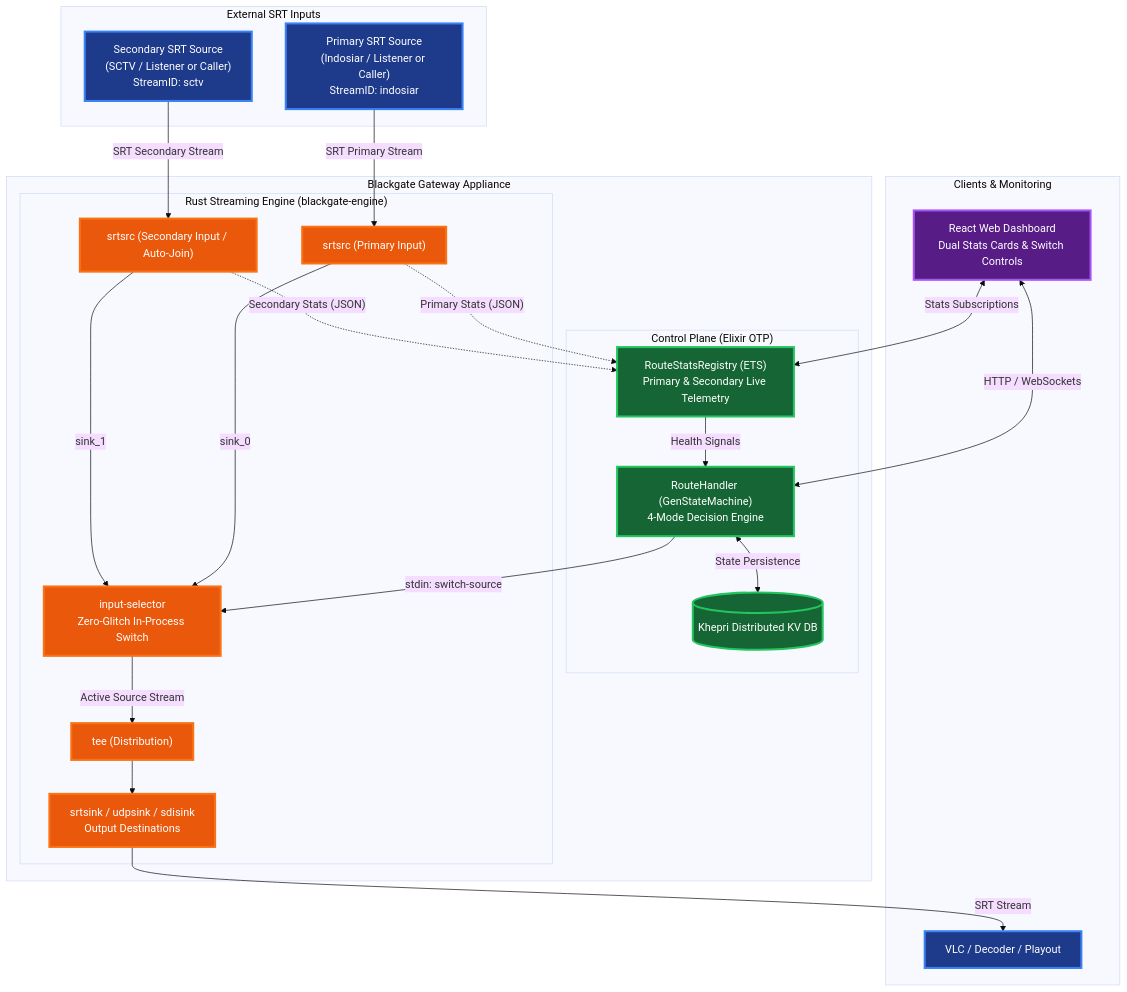
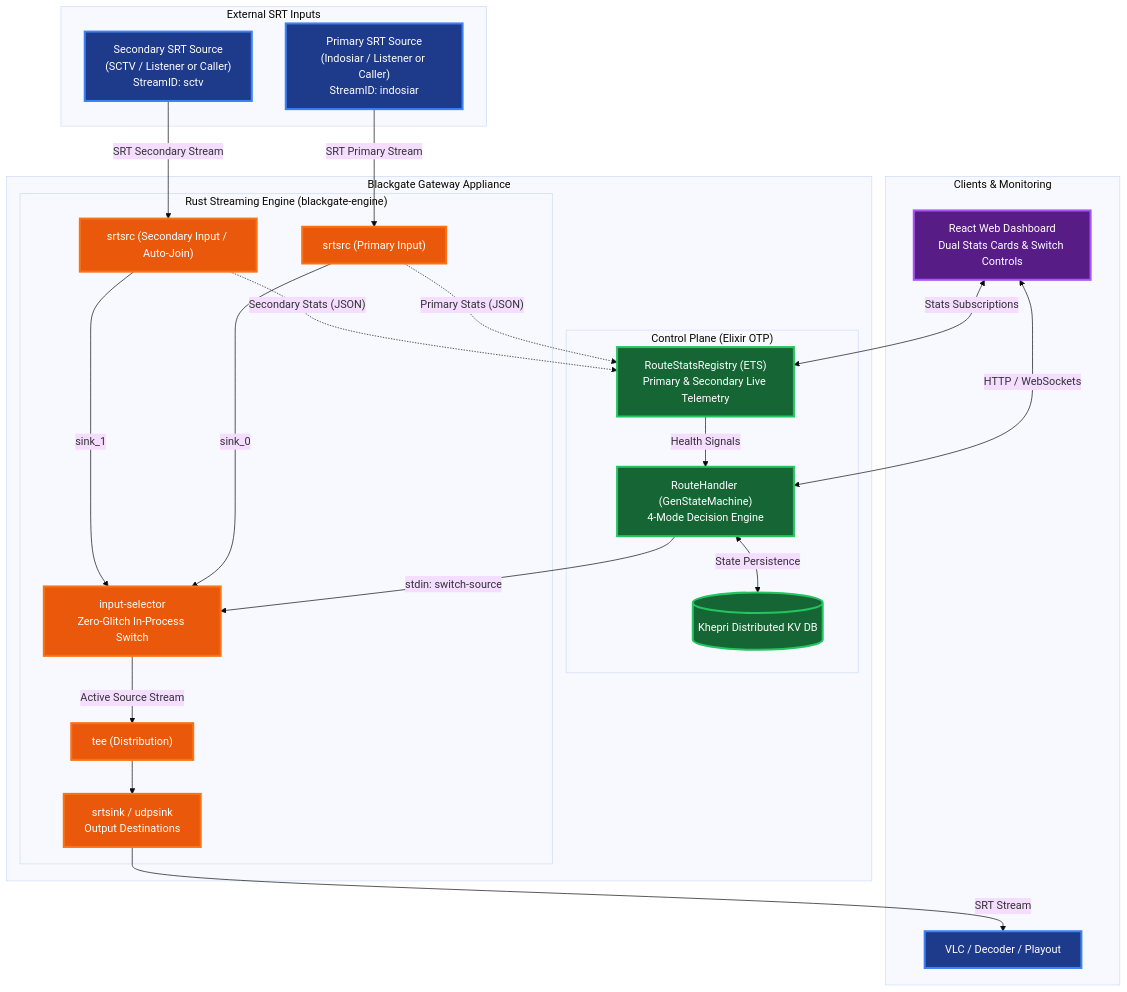
Before and after one commit to visual-alchemy/blackgate-project: the third of 4 diagrams in README.md, drawn with Mermaid (base theme). The commit also changed other lines of this file and 18 other files, not shown here.

````diff
--- a/README.md
+++ b/README.md
@@ -205,58 +195,58 @@
 ```mermaid
 graph TB
     subgraph "External SRT Inputs"
         P["Primary SRT Source<br/>(Indosiar / Listener or Caller)<br/>StreamID: indosiar"]
         S["Secondary SRT Source<br/>(SCTV / Listener or Caller)<br/>StreamID: sctv"]
     end
 
     subgraph "Blackgate Gateway Appliance"
         subgraph "Control Plane (Elixir OTP)"
             RH["RouteHandler (GenStateMachine)<br/>4-Mode Decision Engine"]
             SR["RouteStatsRegistry (ETS)<br/>Primary & Secondary Live Telemetry"]
             DB[("Khepri Distributed KV DB")]
         end
 
         subgraph "Rust Streaming Engine (blackgate-engine)"
             P_SRC["srtsrc (Primary Input)"]
             S_SRC["srtsrc (Secondary Input / Auto-Join)"]
             SEL["input-selector<br/>Zero-Glitch In-Process Switch"]
             TEE["tee (Distribution)"]
-            SNK["srtsink / udpsink / sdisink<br/>Output Destinations"]
+            SNK["srtsink / udpsink<br/>Output Destinations"]
         end
     end
 
     subgraph "Clients & Monitoring"
         UI["React Web Dashboard<br/>Dual Stats Cards & Switch Controls"]
         VLC["VLC / Decoder / Playout"]
     end
 
     P -->|"SRT Primary Stream"| P_SRC
     S -->|"SRT Secondary Stream"| S_SRC
 
     P_SRC -->|"sink_0"| SEL
     S_SRC -->|"sink_1"| SEL
 
     SEL -->|"Active Source Stream"| TEE
     TEE --> SNK
     SNK -->|"SRT Stream"| VLC
 
     P_SRC -.->|"Primary Stats (JSON)"| SR
     S_SRC -.->|"Secondary Stats (JSON)"| SR
 
     SR -->|"Health Signals"| RH
     RH -->|"stdin: switch-source"| SEL
     RH <-->|"State Persistence"| DB
 
     UI <-->|"HTTP / WebSockets"| RH
     UI <-->|"Stats Subscriptions"| SR
 
     classDef external fill:#1e3a8a,stroke:#3b82f6,stroke-width:3px,color:#ffffff
     classDef control fill:#166534,stroke:#22c55e,stroke-width:3px,color:#ffffff
     classDef streaming fill:#ea580c,stroke:#f97316,stroke-width:3px,color:#ffffff
     classDef ui fill:#581c87,stroke:#a855f7,stroke-width:3px,color:#ffffff
 
     class P,S,VLC external
     class RH,SR,DB control
     class P_SRC,S_SRC,SEL,TEE,SNK streaming
     class UI ui
 ```
````
